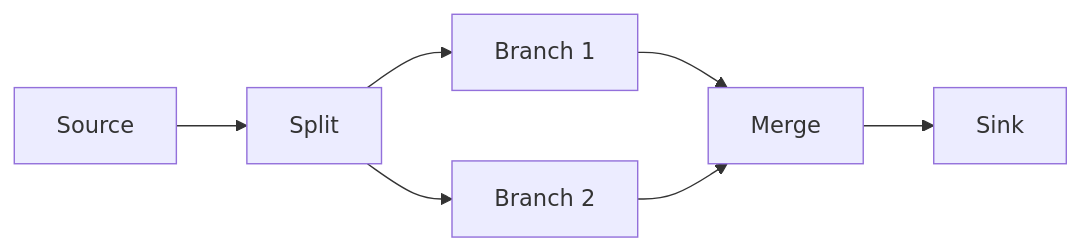
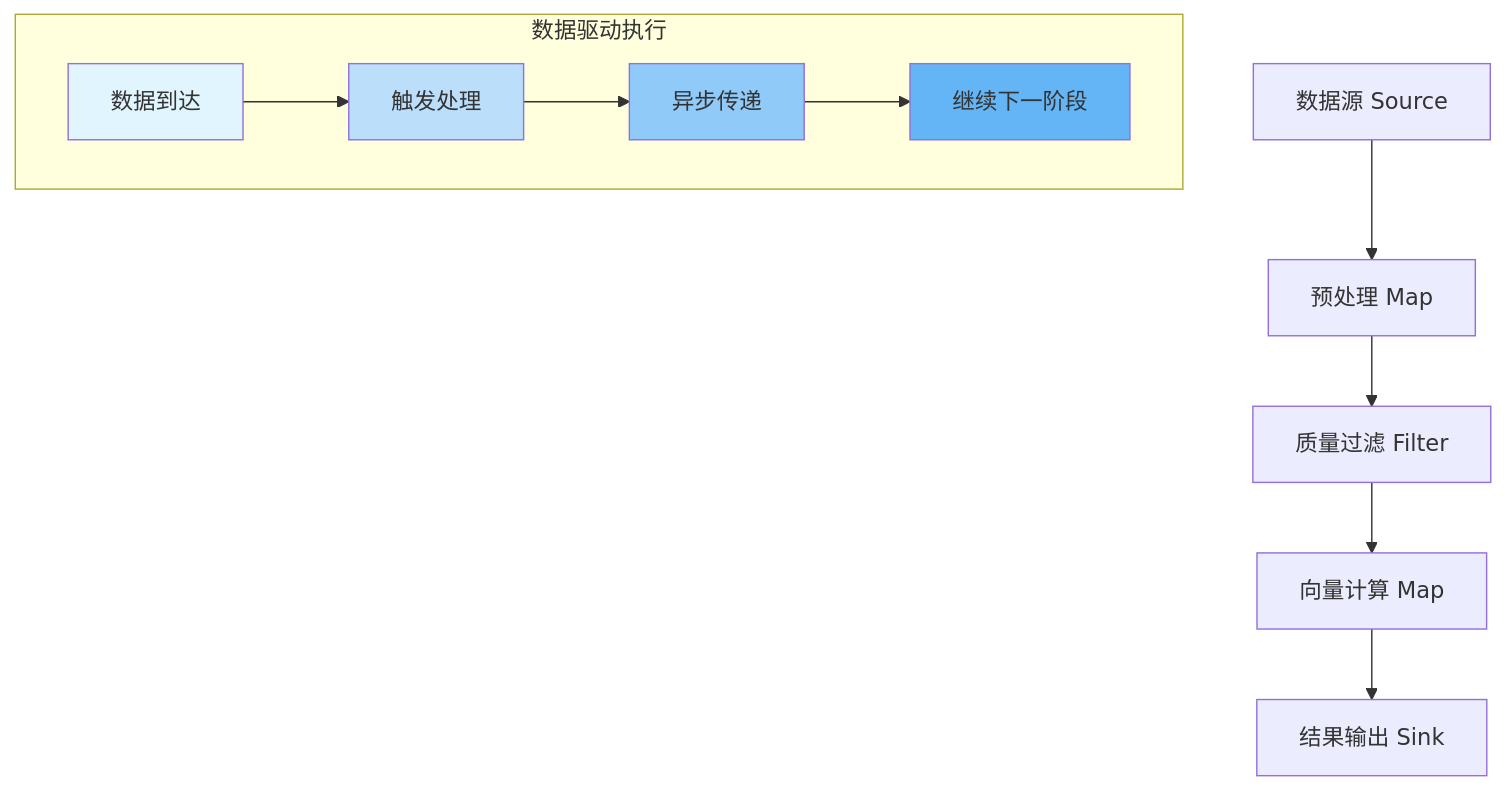
Before and after one commit to peilin9990/SAGE-Pub: the first of 2 diagrams in docs_src/kernel/core/dataflow_model.md, drawn with Mermaid. The commit also changed other lines of this file and 4 other files, not shown here.

````diff
--- a/docs_src/kernel/core/dataflow_model.md
+++ b/docs_src/kernel/core/dataflow_model.md
@@ -105,9 +45,18 @@
 ```mermaid
-graph LR
-    A[Source] --> B[Split]
-    B --> C[Branch 1]
-    B --> D[Branch 2]
-    C --> E[Merge]
-    D --> E
-    E --> F[Sink]
+flowchart TD
+    A[数据源 Source] --> B[预处理 Map]
+    B --> C[质量过滤 Filter]
+    C --> D[向量计算 Map]
+    D --> E[结果输出 Sink]
+    
+    subgraph 数据驱动执行
+        F[数据到达] --> G[触发处理]
+        G --> H[异步传递]
+        H --> I[继续下一阶段]
+    end
+    
+    style F fill:#e1f5fe
+    style G fill:#bbdefb
+    style H fill:#90caf9
+    style I fill:#64b5f6
 ```
````
